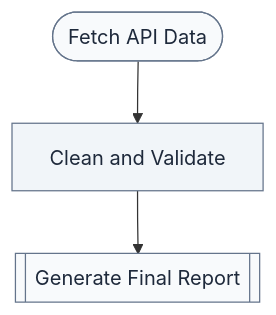
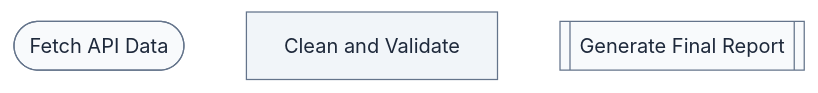
Before and after one commit to pjt222/putior: diagram 13 of 14 in README.md, drawn with Mermaid. The commit also changed other lines of this file and 3 other files, not shown here.

````diff
--- a/README.md
+++ b/README.md
@@ -485,16 +475,14 @@
 ```mermaid
 flowchart TD
     fetch_data([Fetch API Data])
     clean_data[Clean and Validate]
     generate_report[[Generate Final Report]]
-    
-    fetch_data --> clean_data
-    clean_data --> generate_report
-    
+
+    %% Styling
     classDef inputStyle fill:#f8fafc,stroke:#64748b,stroke-width:1px,color:#1e293b
+    class fetch_data inputStyle
     classDef processStyle fill:#f1f5f9,stroke:#64748b,stroke-width:1px,color:#1e293b
+    class clean_data processStyle
     classDef outputStyle fill:#f8fafc,stroke:#64748b,stroke-width:1px,color:#1e293b
-    class fetch_data inputStyle
-    class clean_data processStyle
     class generate_report outputStyle
 ```
````
